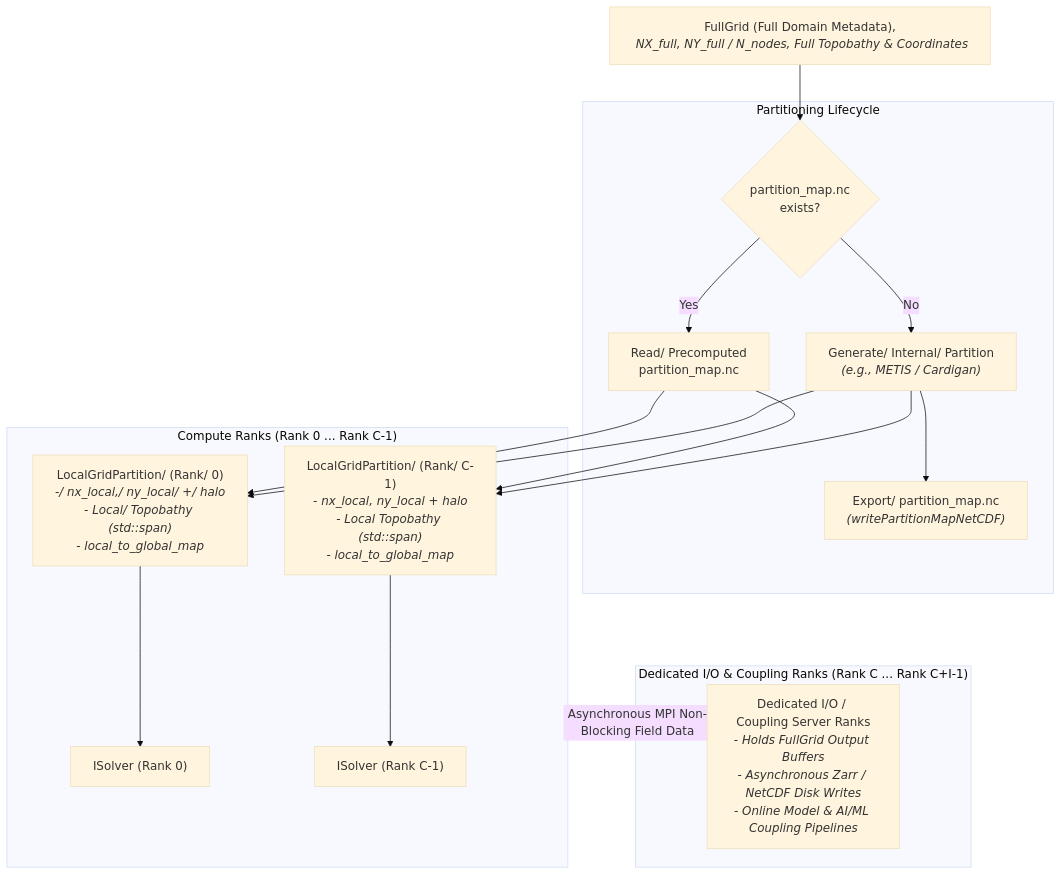
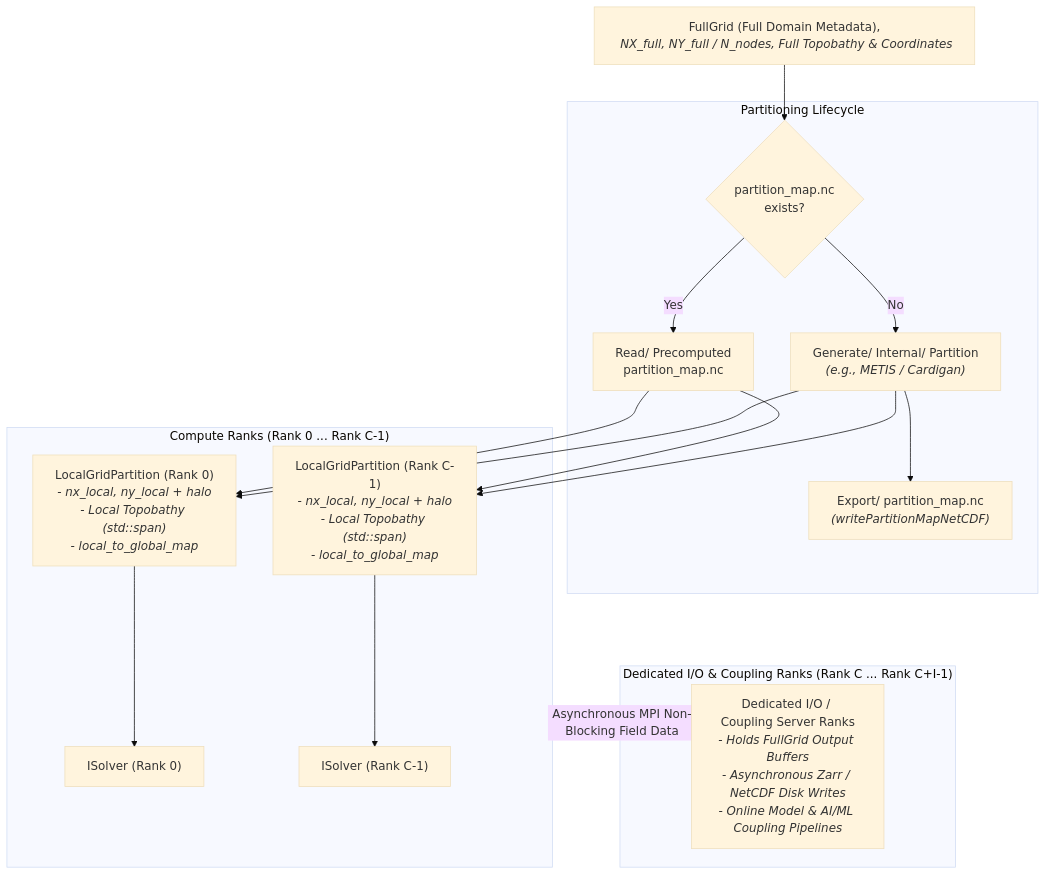
Before and after one commit to HendrikTolman-NOAA/WW4_HLT: the third of 3 diagrams in ASSESSMENT.md, drawn with Mermaid (base theme).

Commit message:
Fix HTML entity encoding in ASSESSMENT.md

````diff
--- a/ASSESSMENT.md
+++ b/ASSESSMENT.md
@@ -208,39 +208,39 @@
 ```mermaid
 graph TD
     FG["FullGrid&nbsp;(Full&nbsp;Domain&nbsp;Metadata),<br/><i>&nbsp;NX_full,&nbsp;NY_full&nbsp;/&nbsp;N_nodes,&nbsp;Full&nbsp;Topobathy&nbsp;&&nbsp;Coordinates</i>"]
 
     subgraph PartMap ["Partitioning Lifecycle"]
         PM_CHK{"partition_map.nc<br/>exists?"}
         PM_READ["Read/&nbsp;Precomputed<br/>partition_map.nc"]
         PM_GEN["Generate/&nbsp;Internal/&nbsp;Partition<br/><i>(e.g., METIS / Cardigan)</i>"]
         PM_WRITE["Export/&nbsp;partition_map.nc<br/><i>(writePartitionMapNetCDF)</i>"]
 
         PM_CHK -- Yes --> PM_READ
         PM_CHK -- No --> PM_GEN
         PM_GEN --> PM_WRITE
     end
 
     FG --> PM_CHK
 
     subgraph ComputeRanks ["Compute Ranks (Rank 0 ... Rank C-1)"]
-        LP0["LocalGridPartition/&nbsp;(Rank/&nbsp;0)<br/><i>-/&nbsp;nx_local,/&nbsp;ny_local/&nbsp;+/&nbsp;halo</i><br/><i>- Local/&nbsp;Topobathy (std::span)</i><br/><i>- local_to_global_map</i>"]
-        LPC["LocalGridPartition/&nbsp;(Rank/&nbsp;C-1)<br/><i>- nx_local, ny_local + halo</i><br/><i>- Local Topobathy (std::span)</i><br/><i>- local_to_global_map</i>"]
+        LP0["LocalGridPartition&nbsp;(Rank&nbsp;0)<br/><i>-&nbsp;nx_local,&nbsp;ny_local&nbsp;+&nbsp;halo</i><br/><i>- Local&nbsp;Topobathy (std::span)</i><br/><i>- local_to_global_map</i>"]
+        LPC["LocalGridPartition&nbsp;(Rank&nbsp;C-1)<br/><i>- nx_local, ny_local + halo</i><br/><i>- Local Topobathy (std::span)</i><br/><i>- local_to_global_map</i>"]
 
         S0["ISolver (Rank 0)"]
         SC["ISolver (Rank C-1)"]
 
         LP0 --> S0
         LPC --> SC
     end
 
     subgraph IORanks ["Dedicated I/O & Coupling Ranks (Rank C ... Rank C+I-1)"]
         IOR["Dedicated I/O / Coupling Server Ranks<br/><i>- Holds FullGrid Output Buffers</i><br/><i>- Asynchronous Zarr / NetCDF Disk Writes</i><br/><i>- Online Model & AI/ML Coupling Pipelines</i>"]
     end
 
     PM_READ --> LP0
     PM_READ --> LPC
     PM_GEN --> LP0
     PM_GEN --> LPC
 
     ComputeRanks -. Asynchronous MPI Non-Blocking Field Data .-> IOR
 ```
````
